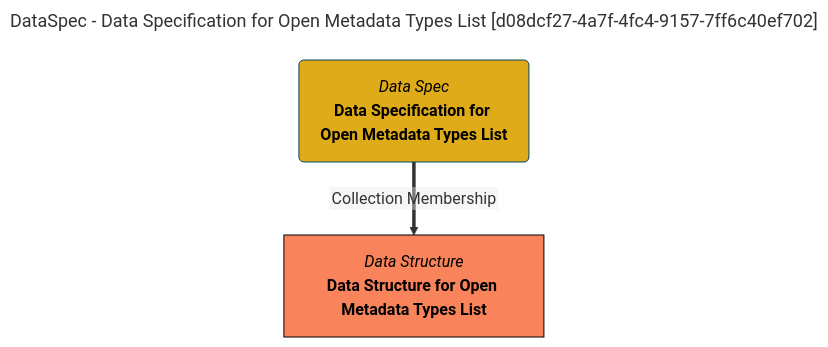
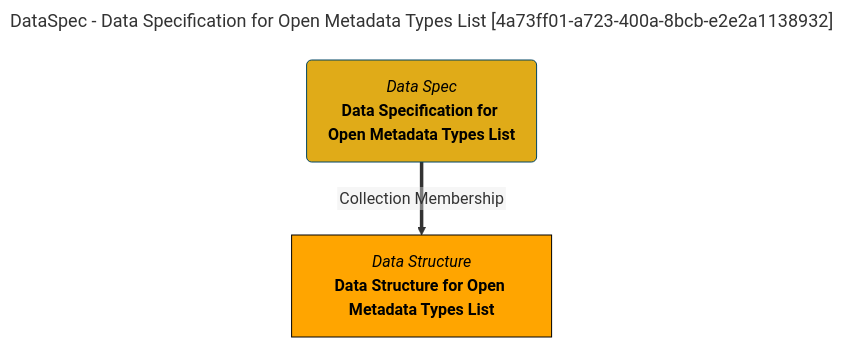
The diagram in site/snippets/collections/data-specs/data-specification-for-open-metadata-types-list-mermaid-graph.md (odpi/egeria-docs), drawn with Mermaid before and after one commit. The commit also changed 2201 other files, not shown here.

````diff
--- a/site/snippets/collections/data-specs/data-specification-for-open-metadata-types-list-mermaid-graph.md
+++ b/site/snippets/collections/data-specs/data-specification-for-open-metadata-types-list-mermaid-graph.md
@@ -1,15 +1,15 @@
 ```mermaid
 ---
-title: DataSpec - Data Specification for Open Metadata Types List [d08dcf27-4a7f-4fc4-9157-7ff6c40ef702]
+title: DataSpec - Data Specification for Open Metadata Types List [4a73ff01-a723-400a-8bcb-e2e2a1138932]
 ---
 flowchart TD
 %%{init: {"flowchart": {"htmlLabels": false}} }%%
 
 1@{ shape: rounded, label: "*Data Spec*
 **Data Specification for Open Metadata Types List**"}
 2@{ shape: rect, label: "*Data Structure*
 **Data Structure for Open Metadata Types List**"}
 1==>|"Collection Membership"|2
 style 1 color:#000000, fill:#e0ab18, stroke:#004563
-style 2 color:#000000, fill:#f9845b, stroke:#000000
+style 2 color:#000000, fill:#FFA500, stroke:#000000
 ```
````
